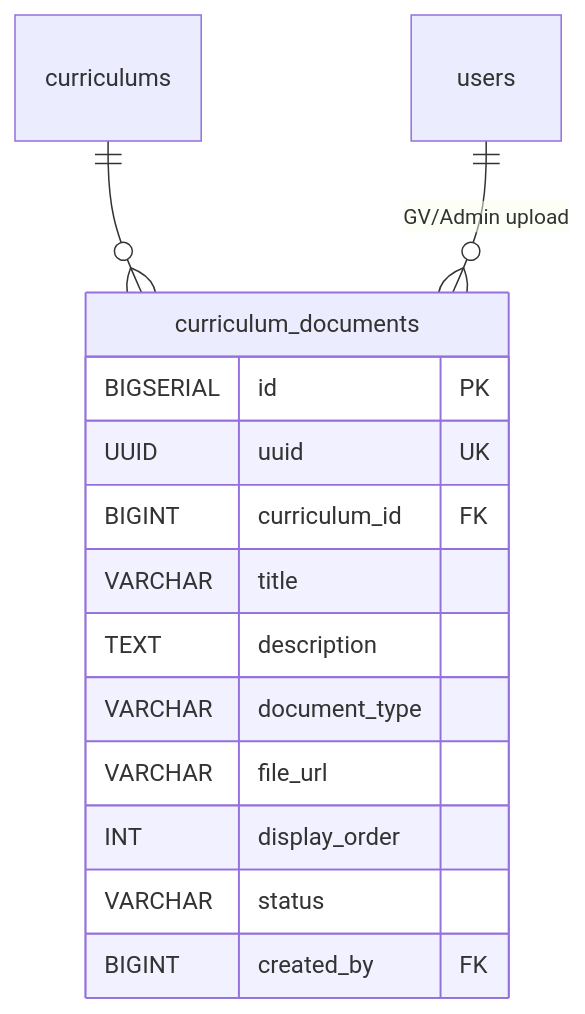
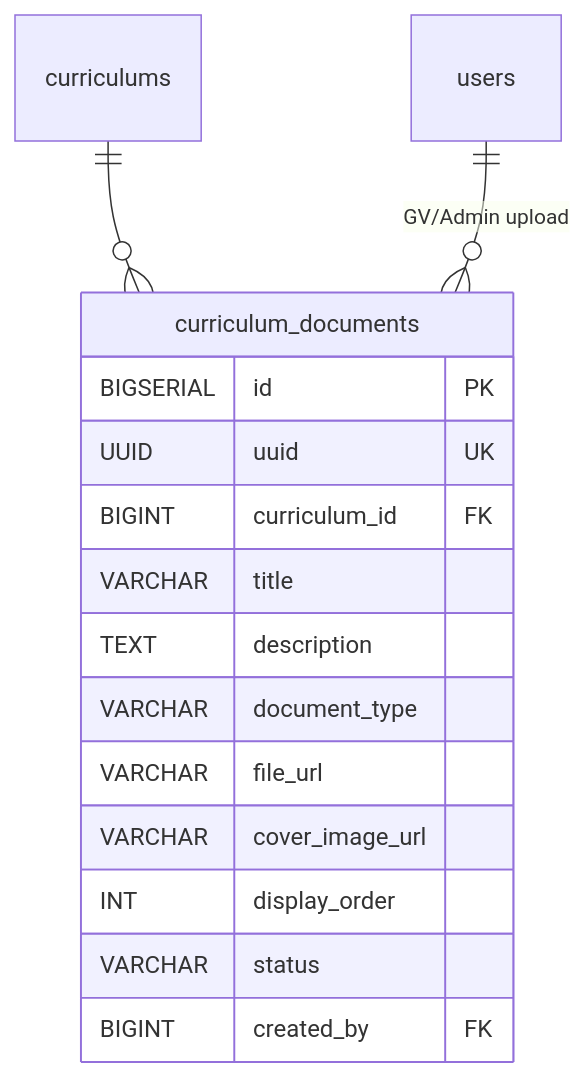
The second of 5 diagrams in docs/sdd-groups/09-lms-and-portal.md (langtuananh2424/pps-education), drawn with Mermaid before and after one commit. The commit also changed other lines of this file and 26 other files, not shown here.

````diff
--- a/docs/sdd-groups/09-lms-and-portal.md
+++ b/docs/sdd-groups/09-lms-and-portal.md
@@ -154,18 +154,19 @@
 ```mermaid
 erDiagram
     curriculums ||--o{ curriculum_documents : ""
     users ||--o{ curriculum_documents : "GV/Admin upload"
 
     curriculum_documents {
         BIGSERIAL id PK
         UUID uuid UK
         BIGINT curriculum_id FK
         VARCHAR title
         TEXT description
         VARCHAR document_type
         VARCHAR file_url
+        VARCHAR cover_image_url
         INT display_order
         VARCHAR status
         BIGINT created_by FK
     }
 ```
````
